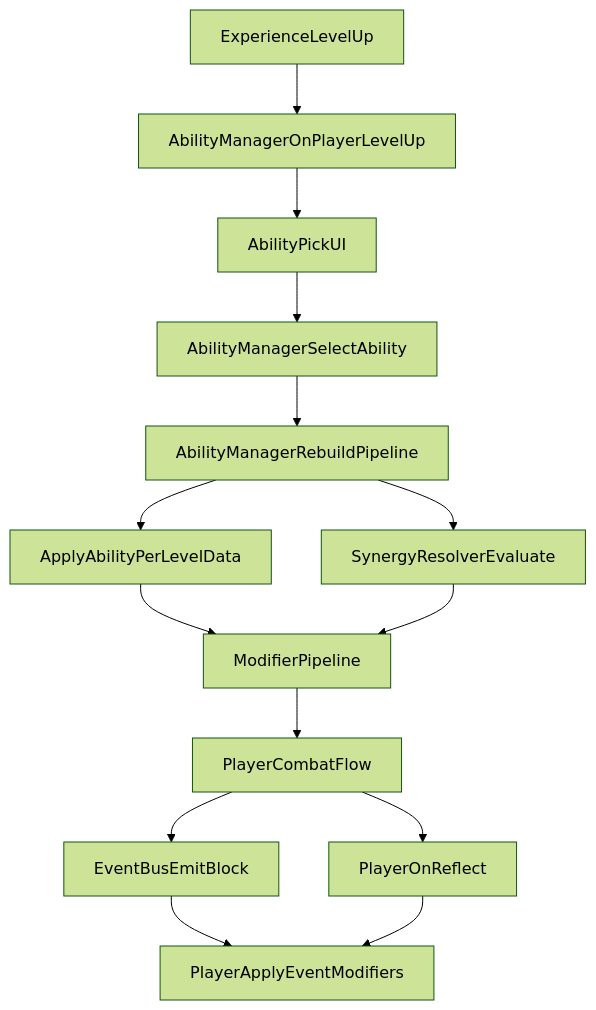
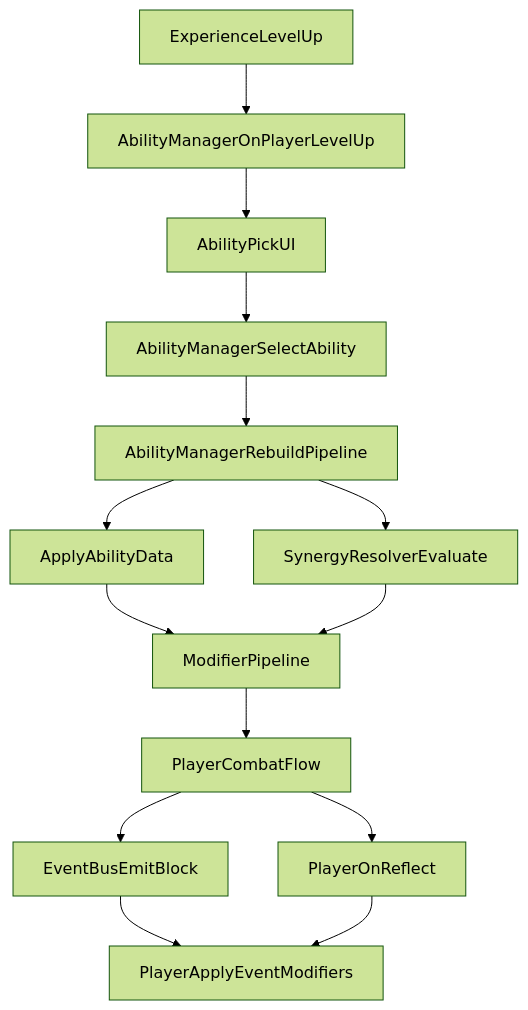
The diagram in README.md (WannaTwo-WeiZhou/shield-core), drawn with Mermaid (forest theme) before and after one commit. The commit also changed other lines of this file and 14 other files, not shown here.

````diff
--- a/README.md
+++ b/README.md
@@ -24,16 +25,16 @@
 ```mermaid
 flowchart TD
 experienceLevelUp[ExperienceLevelUp] --> requestCandidates[AbilityManagerOnPlayerLevelUp]
 requestCandidates --> pickUI[AbilityPickUI]
 pickUI --> selectAbility[AbilityManagerSelectAbility]
 selectAbility --> rebuildPipeline[AbilityManagerRebuildPipeline]
-rebuildPipeline --> applyAbilityEffects[ApplyAbilityPerLevelData]
+rebuildPipeline --> applyAbilityEffects[ApplyAbilityData]
 rebuildPipeline --> resolveSynergy[SynergyResolverEvaluate]
 applyAbilityEffects --> modifierPipeline[ModifierPipeline]
 resolveSynergy --> modifierPipeline
 modifierPipeline --> playerCombat[PlayerCombatFlow]
 playerCombat --> blockEvent[EventBusEmitBlock]
 playerCombat --> reflectEvent[PlayerOnReflect]
 blockEvent --> eventModifiers[PlayerApplyEventModifiers]
 reflectEvent --> eventModifiers
 ```
````
